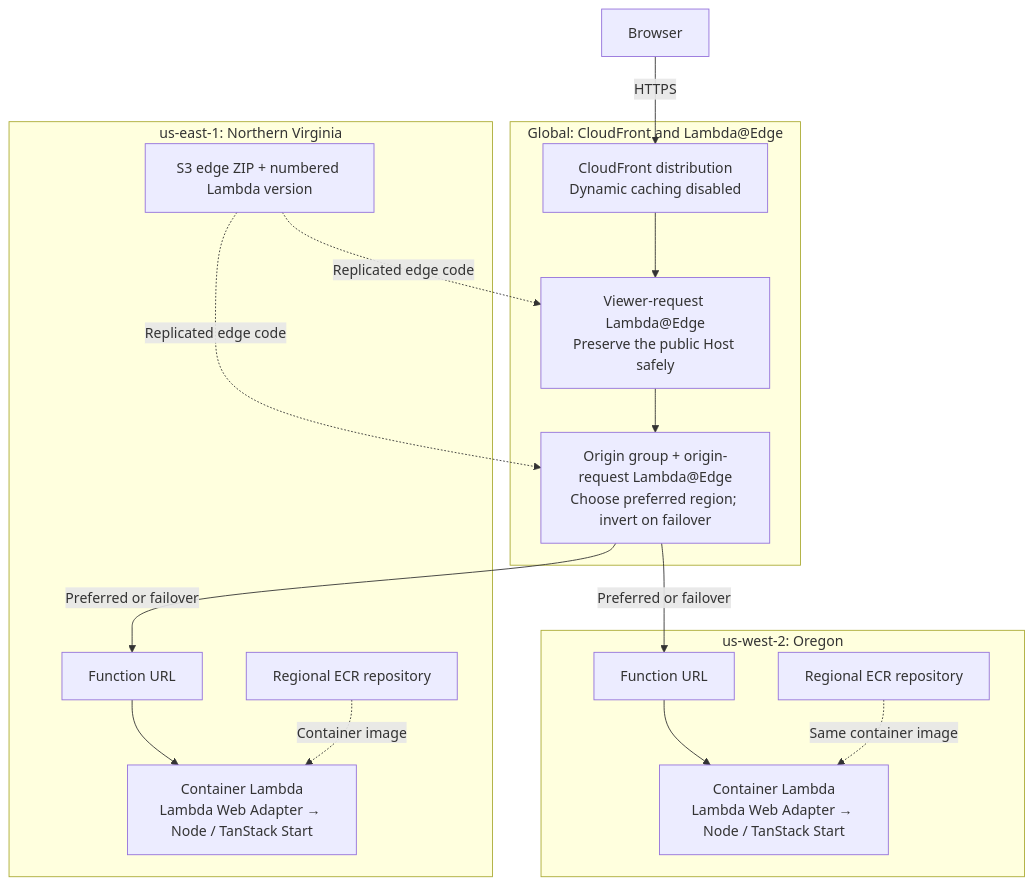
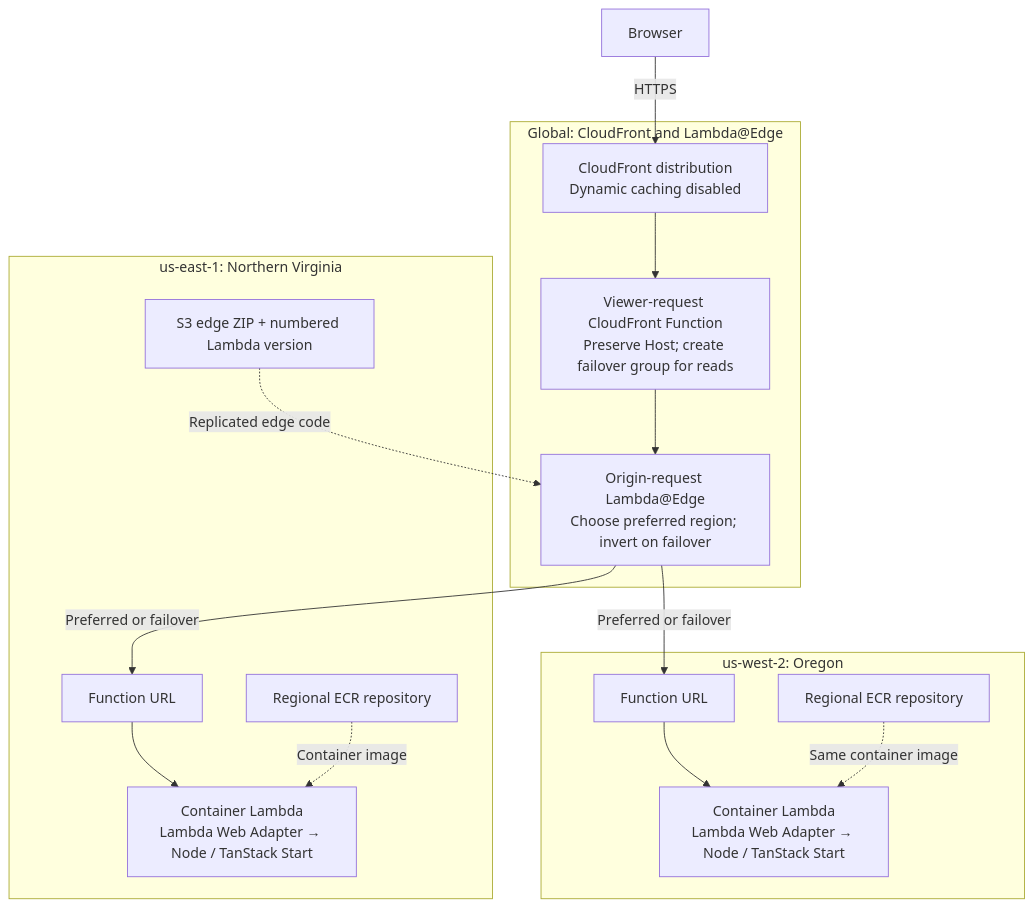
One commit to ataylorme/tanstack-start-aws-high-availability changed the diagram in README.md. Above: the diagram before and after it, drawn with Mermaid. The commit also changed other lines of this file and 10 other files, not shown here.

Commit message:
Fix CloudFront read failover while preserving active-active writes

````diff
--- a/README.md
+++ b/README.md
@@ -42,34 +42,33 @@
 ```mermaid
 flowchart TB
     browser["Browser"]
 
     subgraph global["Global: CloudFront and Lambda@Edge"]
         cloudfront["CloudFront distribution<br/>Dynamic caching disabled"]
-        viewer["Viewer-request Lambda@Edge<br/>Preserve the public Host safely"]
-        router["Origin group + origin-request Lambda@Edge<br/>Choose preferred region; invert on failover"]
+        viewer["Viewer-request CloudFront Function<br/>Preserve Host; create failover group for reads"]
+        router["Origin-request Lambda@Edge<br/>Choose preferred region; invert on failover"]
         cloudfront --> viewer --> router
     end
 
     subgraph east["us-east-1: Northern Virginia"]
         eastURL["Function URL"]
         eastApp["Container Lambda<br/>Lambda Web Adapter → Node / TanStack Start"]
         eastECR["Regional ECR repository"]
         edgeCode["S3 edge ZIP + numbered Lambda version"]
         eastURL --> eastApp
         eastECR -. "Container image" .-> eastApp
     end
 
     subgraph west["us-west-2: Oregon"]
         westURL["Function URL"]
         westApp["Container Lambda<br/>Lambda Web Adapter → Node / TanStack Start"]
         westECR["Regional ECR repository"]
         westURL --> westApp
         westECR -. "Same container image" .-> westApp
     end
 
     browser -->|HTTPS| cloudfront
     router -->|Preferred or failover| eastURL
     router -->|Preferred or failover| westURL
-    edgeCode -. "Replicated edge code" .-> viewer
     edgeCode -. "Replicated edge code" .-> router
 ```
````
